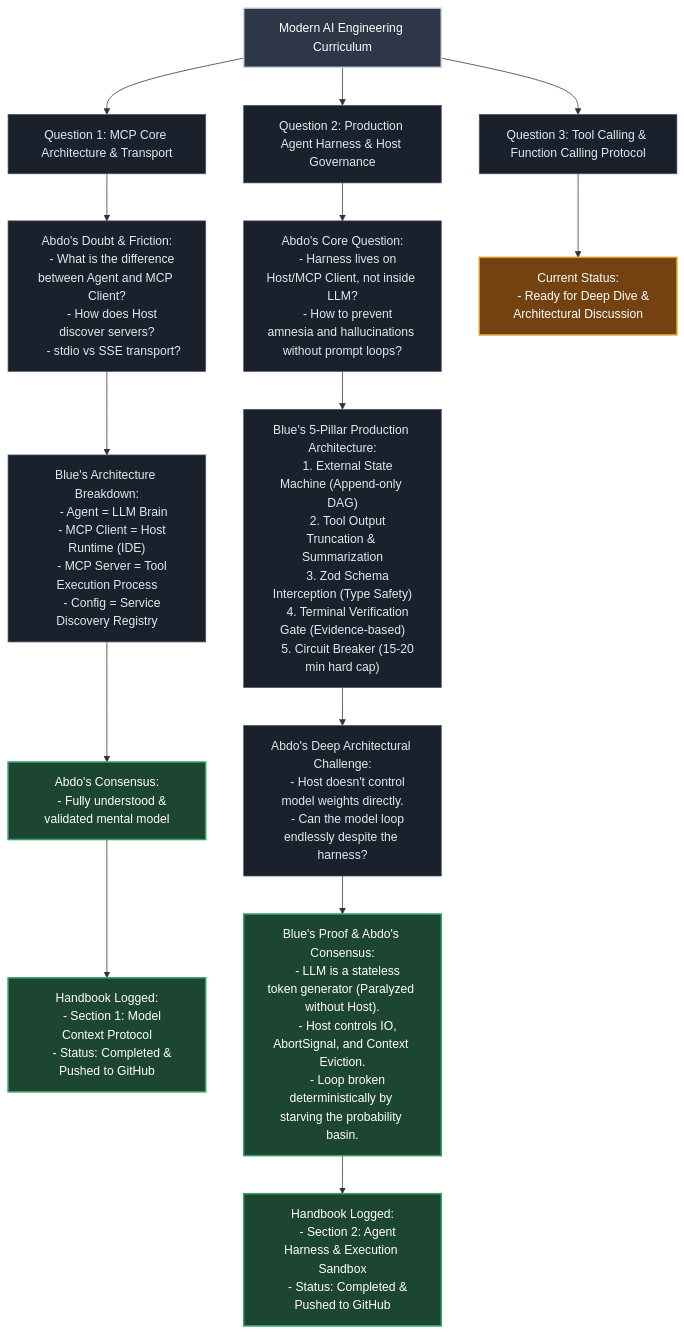
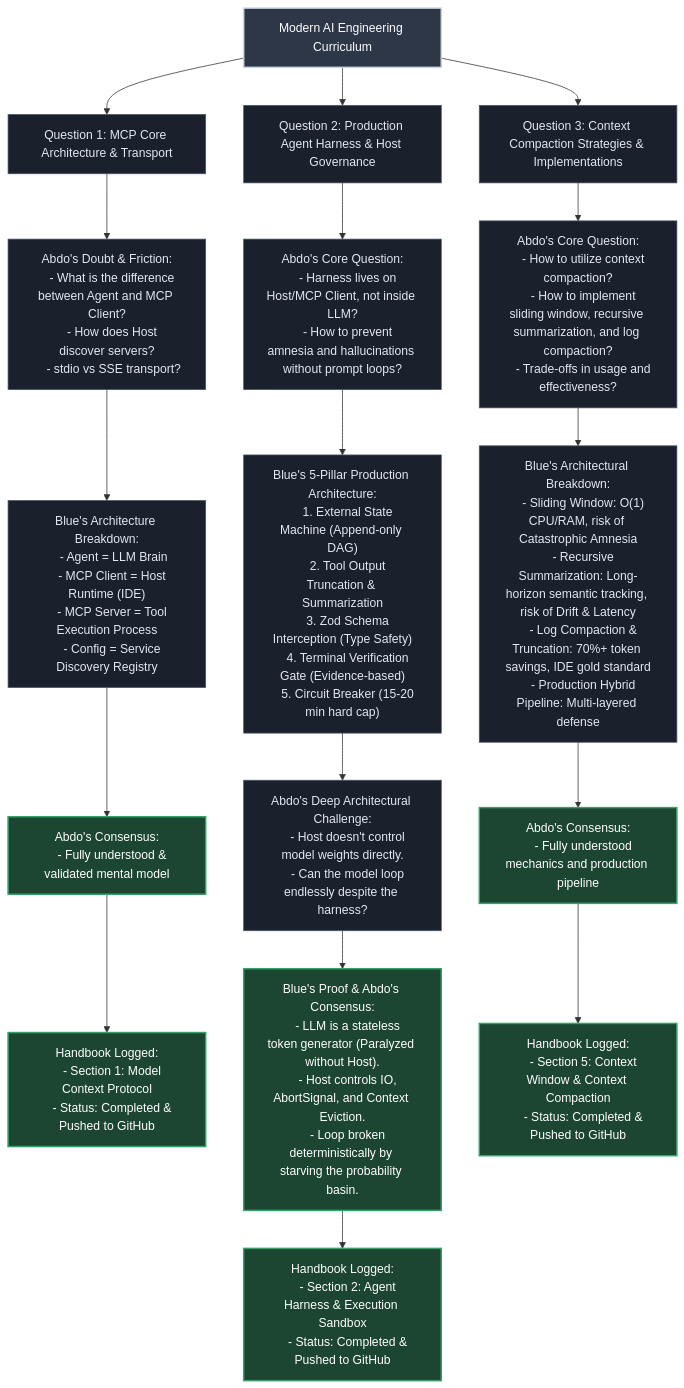
The diagram in engineering-learning/AI_CURRICULUM_QUESTION_TREE.md (Abdo5-Mahmoud/Daily-Tracker-system), drawn with Mermaid before and after one commit. The commit also changed other lines of this file and 1 other file, not shown here.

Commit message:
feat(curriculum): resolve Question 3 on context compaction strategies and update dialogue tree

````diff
--- a/engineering-learning/AI_CURRICULUM_QUESTION_TREE.md
+++ b/engineering-learning/AI_CURRICULUM_QUESTION_TREE.md
@@ -13,59 +13,70 @@
 ```mermaid
 flowchart TD
     Root["Modern AI Engineering Curriculum"]
 
     %% Question 1 Branch
     Root --> Q1["Question 1: MCP Core Architecture & Transport"]
     Q1 --> Q1_Doubt["Abdo's Doubt & Friction:
     - What is the difference between Agent and MCP Client?
     - How does Host discover servers?
     - stdio vs SSE transport?"]
     Q1_Doubt --> Q1_Analysis["Blue's Architecture Breakdown:
     - Agent = LLM Brain
     - MCP Client = Host Runtime (IDE)
     - MCP Server = Tool Execution Process
     - Config = Service Discovery Registry"]
     Q1_Analysis --> Q1_Resolution["Abdo's Consensus:
     - Fully understood & validated mental model"]
     Q1_Resolution --> Q1_Handbook["Handbook Logged:
     - Section 1: Model Context Protocol
     - Status: Completed & Pushed to GitHub"]
 
     %% Question 2 Branch
     Root --> Q2["Question 2: Production Agent Harness & Host Governance"]
     Q2 --> Q2_Doubt["Abdo's Core Question:
     - Harness lives on Host/MCP Client, not inside LLM?
     - How to prevent amnesia and hallucinations without prompt loops?"]
     Q2_Doubt --> Q2_Analysis["Blue's 5-Pillar Production Architecture:
     1. External State Machine (Append-only DAG)
     2. Tool Output Truncation & Summarization
     3. Zod Schema Interception (Type Safety)
     4. Terminal Verification Gate (Evidence-based)
     5. Circuit Breaker (15-20 min hard cap)"]
     Q2_Analysis --> Q2_Friction["Abdo's Deep Architectural Challenge:
     - Host doesn't control model weights directly.
     - Can the model loop endlessly despite the harness?"]
     Q2_Friction --> Q2_Resolution["Blue's Proof & Abdo's Consensus:
     - LLM is a stateless token generator (Paralyzed without Host).
     - Host controls IO, AbortSignal, and Context Eviction.
     - Loop broken deterministically by starving the probability basin."]
     Q2_Resolution --> Q2_Handbook["Handbook Logged:
     - Section 2: Agent Harness & Execution Sandbox
     - Status: Completed & Pushed to GitHub"]
 
     %% Question 3 Branch
-    Root --> Q3["Question 3: Tool Calling & Function Calling Protocol"]
-    Q3 --> Q3_Pending["Current Status:
-    - Ready for Deep Dive & Architectural Discussion"]
+    Root --> Q3["Question 3: Context Compaction Strategies & Implementations"]
+    Q3 --> Q3_Doubt["Abdo's Core Question:
+    - How to utilize context compaction?
+    - How to implement sliding window, recursive summarization, and log compaction?
+    - Trade-offs in usage and effectiveness?"]
+    Q3_Doubt --> Q3_Analysis["Blue's Architectural Breakdown:
+    - Sliding Window: O(1) CPU/RAM, risk of Catastrophic Amnesia
+    - Recursive Summarization: Long-horizon semantic tracking, risk of Drift & Latency
+    - Log Compaction & Truncation: 70%+ token savings, IDE gold standard
+    - Production Hybrid Pipeline: Multi-layered defense"]
+    Q3_Analysis --> Q3_Resolution["Abdo's Consensus:
+    - Fully understood mechanics and production pipeline"]
+    Q3_Resolution --> Q3_Handbook["Handbook Logged:
+    - Section 5: Context Window & Context Compaction
+    - Status: Completed & Pushed to GitHub"]
 
     %% Styling
     classDef rootStyle fill:#2d3748,stroke:#cbd5e0,stroke-width:2px,color:#fff;
     classDef resolvedStyle fill:#1c4532,stroke:#38a169,stroke-width:2px,color:#fff;
     classDef pendingStyle fill:#744210,stroke:#d69e2e,stroke-width:2px,color:#fff;
     classDef nodeStyle fill:#1a202c,stroke:#4a5568,stroke-width:1px,color:#e2e8f0;
 
     class Root rootStyle;
-    class Q1,Q1_Doubt,Q1_Analysis,Q2,Q2_Doubt,Q2_Analysis,Q2_Friction,Q3 nodeStyle;
-    class Q1_Resolution,Q1_Handbook,Q2_Resolution,Q2_Handbook resolvedStyle;
-    class Q3_Pending pendingStyle;
+    class Q1,Q1_Doubt,Q1_Analysis,Q2,Q2_Doubt,Q2_Analysis,Q2_Friction,Q3,Q3_Doubt,Q3_Analysis nodeStyle;
+    class Q1_Resolution,Q1_Handbook,Q2_Resolution,Q2_Handbook,Q3_Resolution,Q3_Handbook resolvedStyle;
 ```
````
